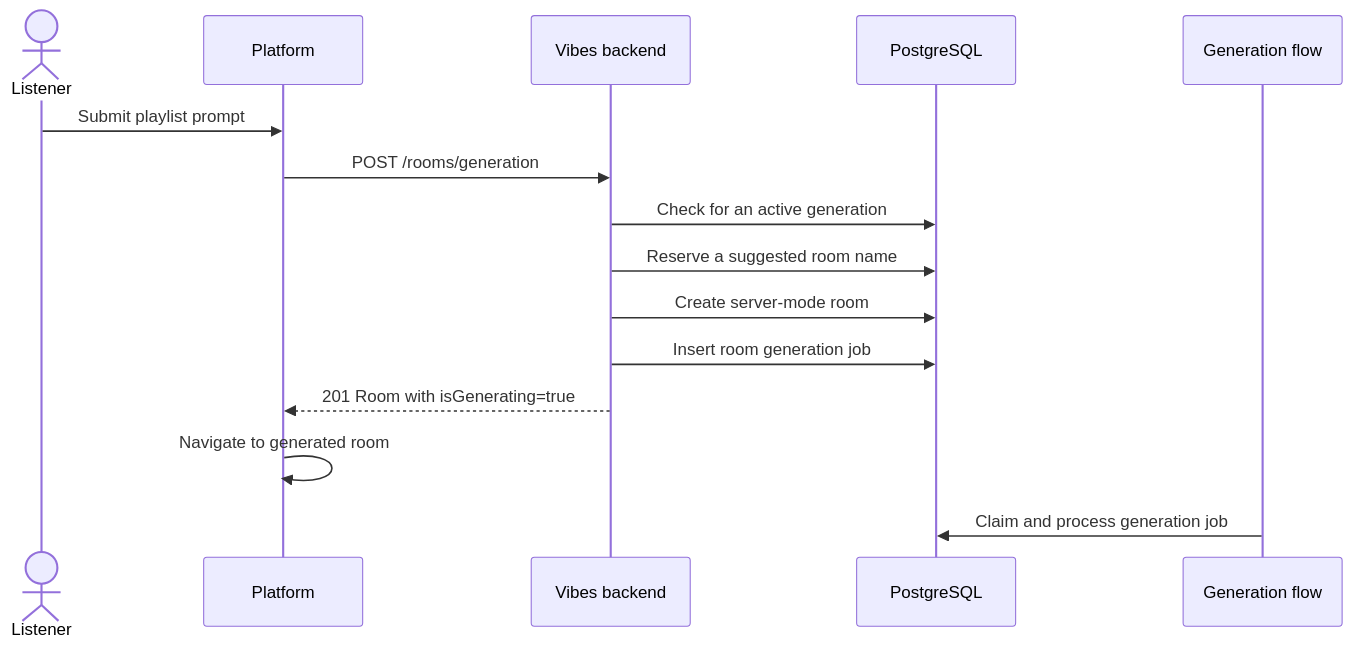
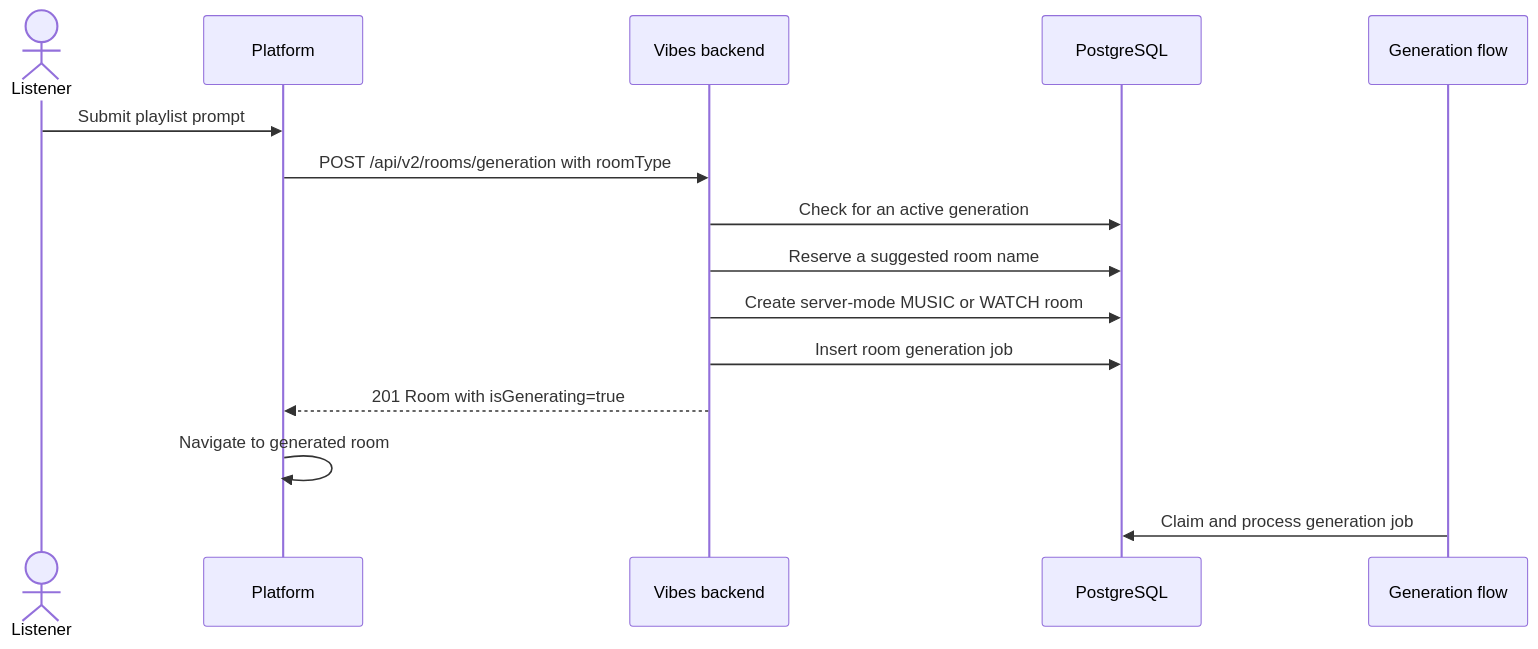
The second of 2 diagrams in docs/flows/generation.md (zoff-music/vibes-backend), drawn with Mermaid before and after one commit. The commit also changed other lines of this file and 69 other files, not shown here.

````diff
--- a/docs/flows/generation.md
+++ b/docs/flows/generation.md
@@ -55,18 +58,18 @@
 ```mermaid
 sequenceDiagram
     actor Listener
     participant Platform
     participant API as Vibes backend
     participant DB as PostgreSQL
     participant Worker as Generation flow
 
     Listener->>Platform: Submit playlist prompt
-    Platform->>API: POST /rooms/generation
+    Platform->>API: POST /api/v2/rooms/generation with roomType
     API->>DB: Check for an active generation
     API->>DB: Reserve a suggested room name
-    API->>DB: Create server-mode room
+    API->>DB: Create server-mode MUSIC or WATCH room
     API->>DB: Insert room generation job
     API-->>Platform: 201 Room with isGenerating=true
     Platform->>Platform: Navigate to generated room
     Worker->>DB: Claim and process generation job
 ```
````
